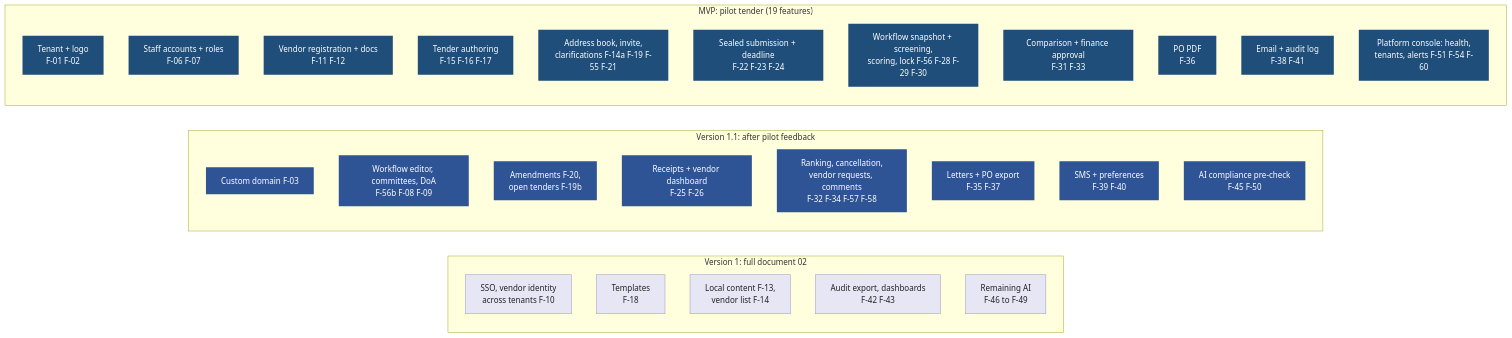
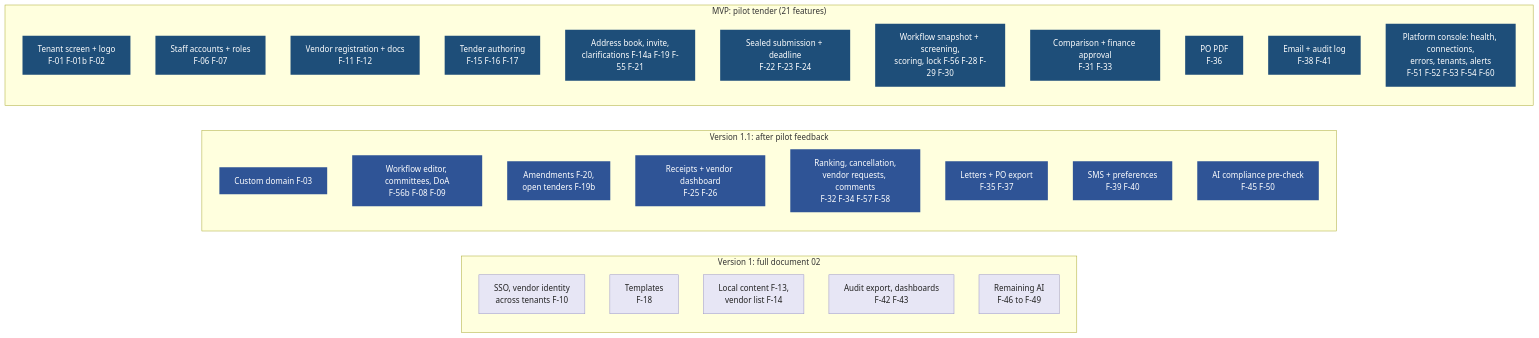
The first of 2 diagrams in docs/05-mvp-scope.md (AhmedAssaf/ERP), drawn with Mermaid before and after one commit. The commit also changed other lines of this file and 6 other files, not shown here.

````diff
--- a/docs/05-mvp-scope.md
+++ b/docs/05-mvp-scope.md
@@ -17,42 +17,42 @@
 ```mermaid
 flowchart LR
     classDef mvp fill:#1E4E79,color:#fff,stroke:none
     classDef next fill:#2F5496,color:#fff,stroke:none
     classDef v1 fill:#E7E6F5,color:#222,stroke:#9B96C9
 
     subgraph R3["Version 1: full document 02"]
         direction TB
         C1[SSO, vendor identity<br/>across tenants F-10]:::v1
         C2[Templates<br/>F-18]:::v1
         C3[Local content F-13,<br/>vendor list F-14]:::v1
         C4[Audit export, dashboards<br/>F-42 F-43]:::v1
         C5[Remaining AI<br/>F-46 to F-49]:::v1
     end
 
     subgraph R2["Version 1.1: after pilot feedback"]
         direction TB
         B1[Custom domain F-03]:::next
         B2[Workflow editor, committees, DoA<br/>F-56b F-08 F-09]:::next
         B3[Amendments F-20,<br/>open tenders F-19b]:::next
         B4[Receipts + vendor dashboard<br/>F-25 F-26]:::next
         B5[Ranking, cancellation,<br/>vendor requests, comments<br/>F-32 F-34 F-57 F-58]:::next
         B6[Letters + PO export<br/>F-35 F-37]:::next
         B7[SMS + preferences<br/>F-39 F-40]:::next
         B8[AI compliance pre-check<br/>F-45 F-50]:::next
     end
 
-    subgraph R1["MVP: pilot tender (19 features)"]
+    subgraph R1["MVP: pilot tender (21 features)"]
         direction TB
-        A1[Tenant + logo<br/>F-01 F-02]:::mvp
+        A1[Tenant screen + logo<br/>F-01 F-01b F-02]:::mvp
         A2[Staff accounts + roles<br/>F-06 F-07]:::mvp
         A3[Vendor registration + docs<br/>F-11 F-12]:::mvp
         A4[Tender authoring<br/>F-15 F-16 F-17]:::mvp
         A5[Address book, invite,<br/>clarifications F-14a F-19 F-55 F-21]:::mvp
         A6[Sealed submission + deadline<br/>F-22 F-23 F-24]:::mvp
         A7[Workflow snapshot + screening,<br/>scoring, lock F-56 F-28 F-29 F-30]:::mvp
         A8[Comparison + finance approval<br/>F-31 F-33]:::mvp
         A9[PO PDF<br/>F-36]:::mvp
         A10[Email + audit log<br/>F-38 F-41]:::mvp
-        A11[Platform console: health,<br/>tenants, alerts F-51 F-54 F-60]:::mvp
+        A11[Platform console: health, connections,<br/>errors, tenants, alerts<br/>F-51 F-52 F-53 F-54 F-60]:::mvp
     end
 ```
````
